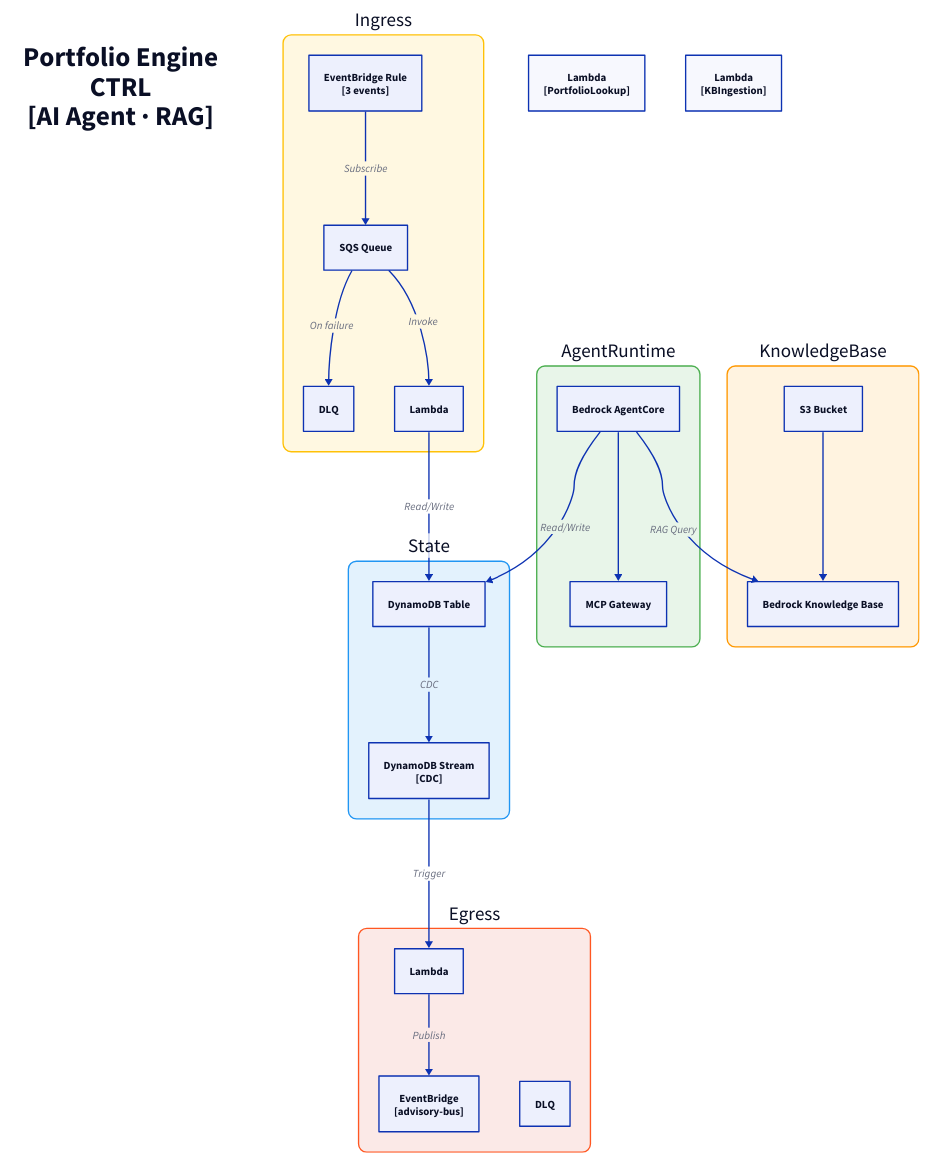
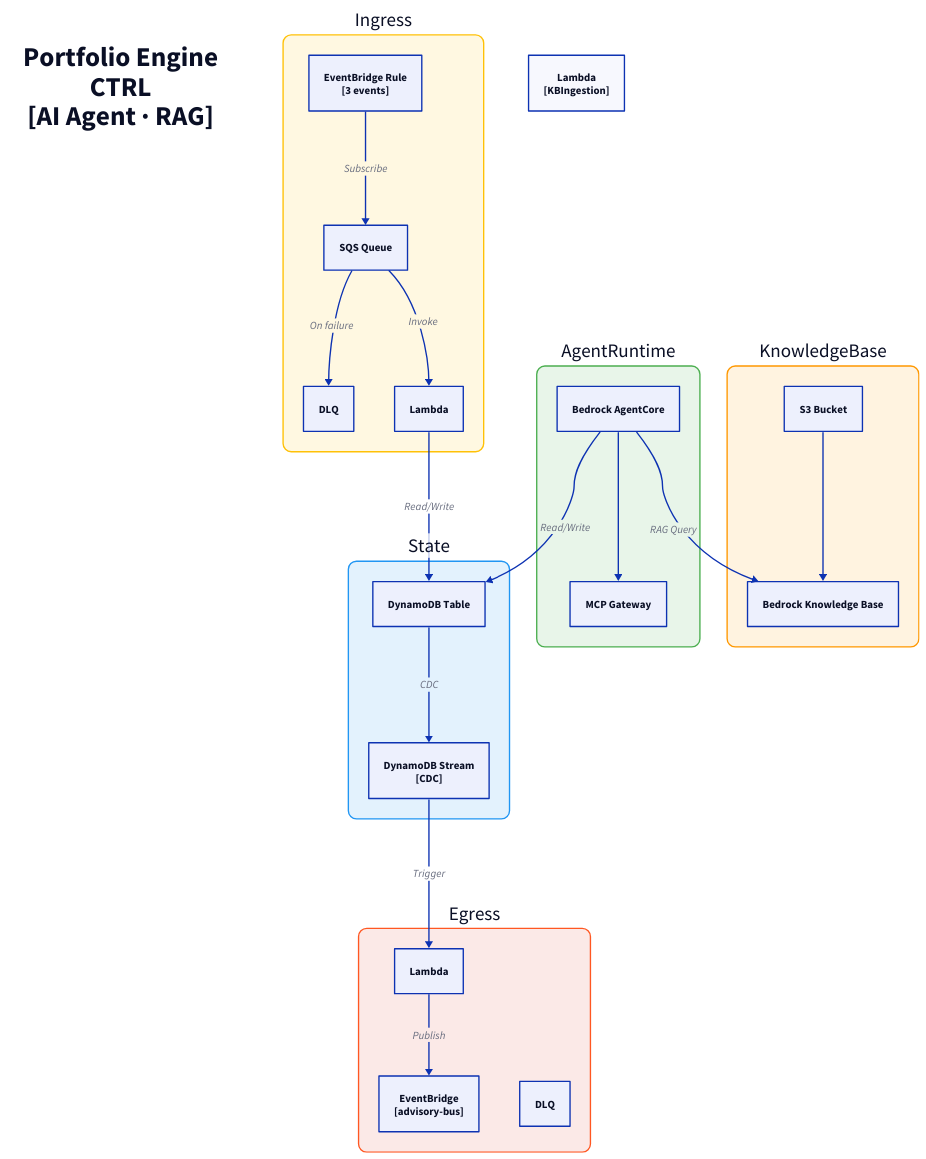
The diagram in docs/architecture/c3/portfolio-engine-ctrl.d2 (fabio-vitali/nestfolio), drawn with D2 before and after one commit. The commit also changed 17 other files, not shown here.

First line of the commit message:
docs(c4): regenerate diagrams after advisory agent tool refactor

```diff
--- a/docs/architecture/c3/portfolio-engine-ctrl.d2
+++ b/docs/architecture/c3/portfolio-engine-ctrl.d2
@@ -1,56 +1,55 @@
 direction: down
 
 title: "Portfolio Engine\nCTRL\n[AI Agent · RAG]" {
   style: { font-size: 40; bold: true; fill: transparent; stroke: transparent }
 }
 
 ingress: "Ingress" {
   style: { fill: "#FFF8E1"; stroke: "#FFC107"; border-radius: 12; font-size: 28 }
   rule: "EventBridge Rule\n[3 events]" { class: aws-eventbridge }
   sqs: "SQS Queue" { class: aws-sqs }
   dlq: "DLQ" { class: aws-dlq }
   handler: "Lambda" { class: aws-lambda }
 
   rule -> sqs: Subscribe
   sqs -> handler: Invoke
   sqs -> dlq: On failure
 }
 
 state: "State" {
   style: { fill: "#E3F2FD"; stroke: "#2196F3"; border-radius: 12; font-size: 28 }
   table: "DynamoDB Table" { class: aws-dynamodb }
   stream: "DynamoDB Stream\n[CDC]" { class: aws-ddb-stream }
   table -> stream: CDC
 }
 
 egress: "Egress" {
   style: { fill: "#FBE9E7"; stroke: "#FF5722"; border-radius: 12; font-size: 28 }
   processor: "Lambda" { class: aws-lambda }
   bus: "EventBridge\n[advisory-bus]" { class: aws-eventbridge }
   dlq: "DLQ" { class: aws-dlq }
 
   processor -> bus: Publish
 }
 
 agent-runtime: "AgentRuntime" {
   style: { fill: "#E8F5E9"; stroke: "#4CAF50"; border-radius: 12; font-size: 28 }
   runtime: "Bedrock AgentCore" { class: aws-bedrock }
   gateway: "MCP Gateway" { class: aws-lambda }
   runtime -> gateway
 }
 
 knowledge-base: "KnowledgeBase" {
   style: { fill: "#FFF3E0"; stroke: "#FF9800"; border-radius: 12; font-size: 28 }
   kb: "Bedrock Knowledge Base" { class: aws-bedrock }
   s3: "S3 Bucket" { class: aws-s3 }
   s3 -> kb
 }
 
-portfolio-lookup: "Lambda\n[PortfolioLookup]" { class: aws-lambda }
 kbingestion: "Lambda\n[KBIngestion]" { class: aws-lambda }
 
 # Flows
 ingress.handler -> state.table: Read/Write
 state.stream -> egress.processor: Trigger
 agent-runtime.runtime -> knowledge-base.kb: RAG Query
 agent-runtime.runtime -> state.table: Read/Write
```
